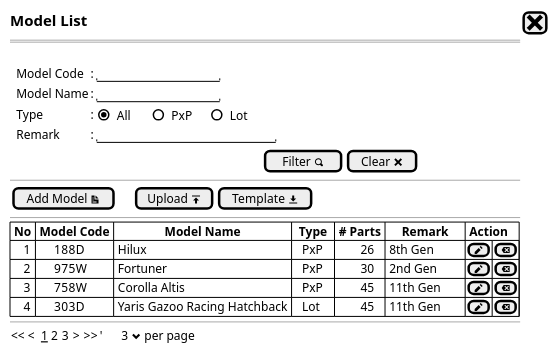
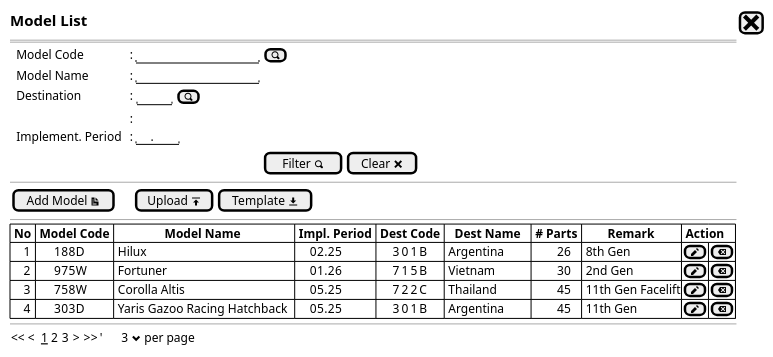
Before and after one commit to ari-fikri/packing-cost-mockup: the diagram in Model/model - newstep0b.puml, drawn with PlantUML. The commit also changed 5 other files, not shown here.

Commit message:
Modify Model UI Structure - Add Destination (code/name) - Add Implemenation period

```diff
--- a/Model/model - newstep0b.puml
+++ b/Model/model - newstep0b.puml
@@ -1,31 +1,31 @@
 @startsalt
 {
   <size:15><b>Model List |[<size:25><&x>]|*
   ==
-  .
   {
-    .|Model Code        |: |"               "|*
-    .|Model Name        |: |"               "|*
-    .|Type              |: {(X)All      |()PxP     |   ()Lot  }*
-    .|Remark            |: |"                      "|*
+    .|Model Code         |: |"               "|[<&magnifying-glass>]|*
+    .|Model Name         |: |"               "|*
+    .|Destination        |: {|"    "|[<&magnifying-glass>]|}*
+    .|.|:|*
+    .|Implement. Period  |: |"    ."|*    
   }
   {|                                                                                |[Filter <&magnifying-glass>]|[Clear <&x>]|}
   --
   {
-  [Add Model <&document>]|.|.|.|[Upload <&data-transfer-upload>]| [Template <&data-transfer-download>]|* 
+    [Add Model <&document>]|.|.|.|[Upload <&data-transfer-upload>]| [Template <&data-transfer-download>]|* 
   }
   --
   {#
-    | <b>No | <b>Model Code |                <b>Model Name                |  <b>Type  | <b># Parts |<b>     Remark     |<b> Action |*|*|*
-    |    1  |      188D         | Hilux                                   |   PxP     |        26  | 8th Gen           |[<&pencil>]|[<&delete>]|*
-    |    2  |      975W         | Fortuner                                |   PxP     |        30  | 2nd Gen           |[<&pencil>]|[<&delete>]|*
-    |    3  |      758W         | Corolla Altis                           |   PxP     |        45  | 11th Gen          |[<&pencil>]|[<&delete>]|*
-    |    4  |      303D         | Yaris Gazoo Racing Hatchback            |   Lot     |        45  | 11th Gen          |[<&pencil>]|[<&delete>]|*    
-  }
+    | <b>No | <b>Model Code |                <b>Model Name                 |<b> Impl. Period | <b>Dest Code |   <b>Dest Name   | <b># Parts |<b>        Remark        |<b> Action |*|*|*
+    |    1  |      188D     | Hilux                                        |     02.25       |       301B       | Argentina     |        26  | 8th Gen           |[<&pencil>]|[<&delete>]|*
+    |    2  |      975W     | Fortuner                                     |     01.26       |       715B       | Vietnam       |        30  | 2nd Gen           |[<&pencil>]|[<&delete>]|*
+    |    3  |      758W     | Corolla Altis                                |     05.25       |       722C       | Thailand      |        45  | 11th Gen Facelift |[<&pencil>]|[<&delete>]|*
+    |    4  |      303D     | Yaris Gazoo Racing Hatchback                 |     05.25       |       301B       | Argentina     |        45  | 11th Gen          |[<&pencil>]|[<&delete>]|*    
+  } 
   --
   {
   << <  __1__ 2 3  > >>  |'      3 <&chevron-bottom> per page |*
   }
 
 }
 @endsalt
```
